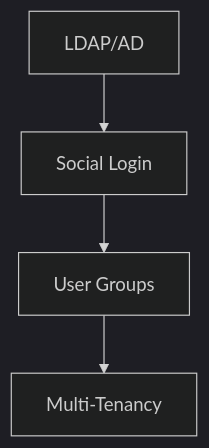
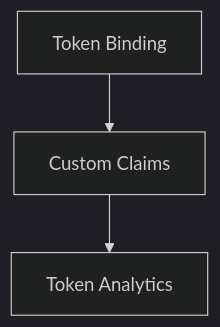
Before and after one commit to royzah/OryxID: the fifth of 6 diagrams in TODO.md, drawn with Mermaid (dark theme). The commit also changed other lines of this file, not shown here.

First line of the commit message:
Refocus roadmap on M2M API security use case

````diff
--- a/TODO.md
+++ b/TODO.md
@@ -162,6 +124,5 @@
 ```mermaid
 flowchart TD
-    A[LDAP/AD] --> B[Social Login]
-    B --> C[User Groups]
-    C --> D[Multi-Tenancy]
+    A[Token Binding] --> B[Custom Claims]
+    B --> C[Token Analytics]
 ```
````
